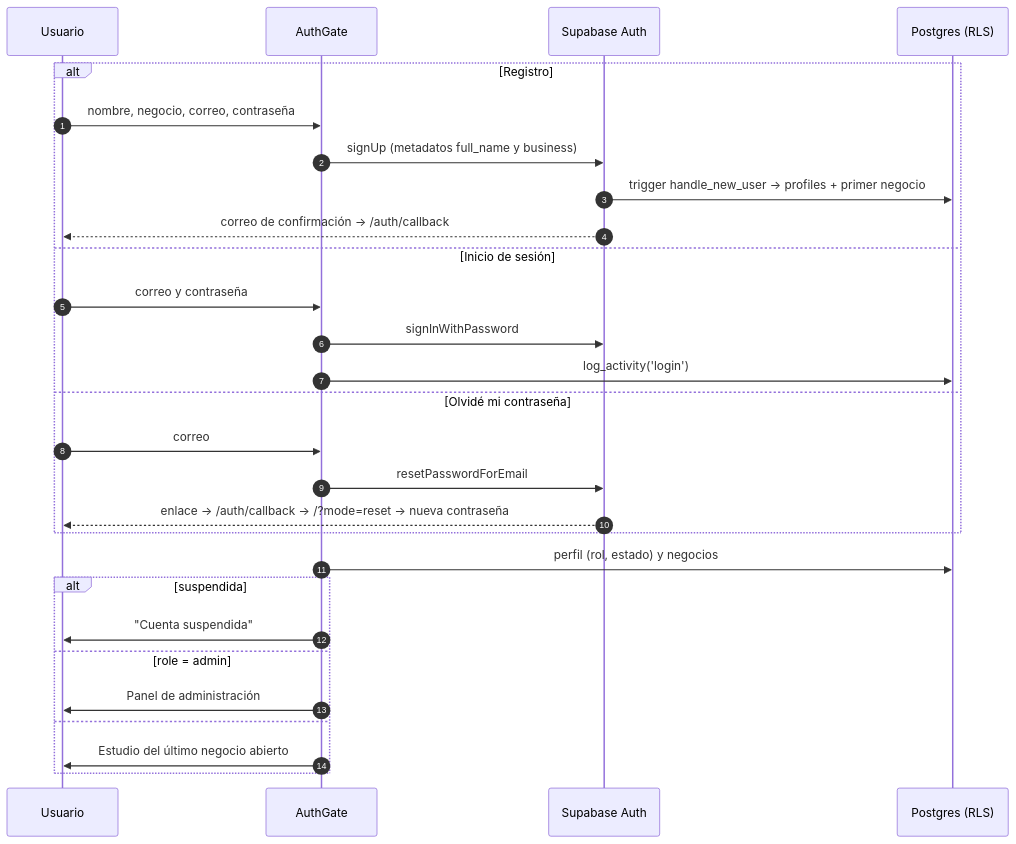
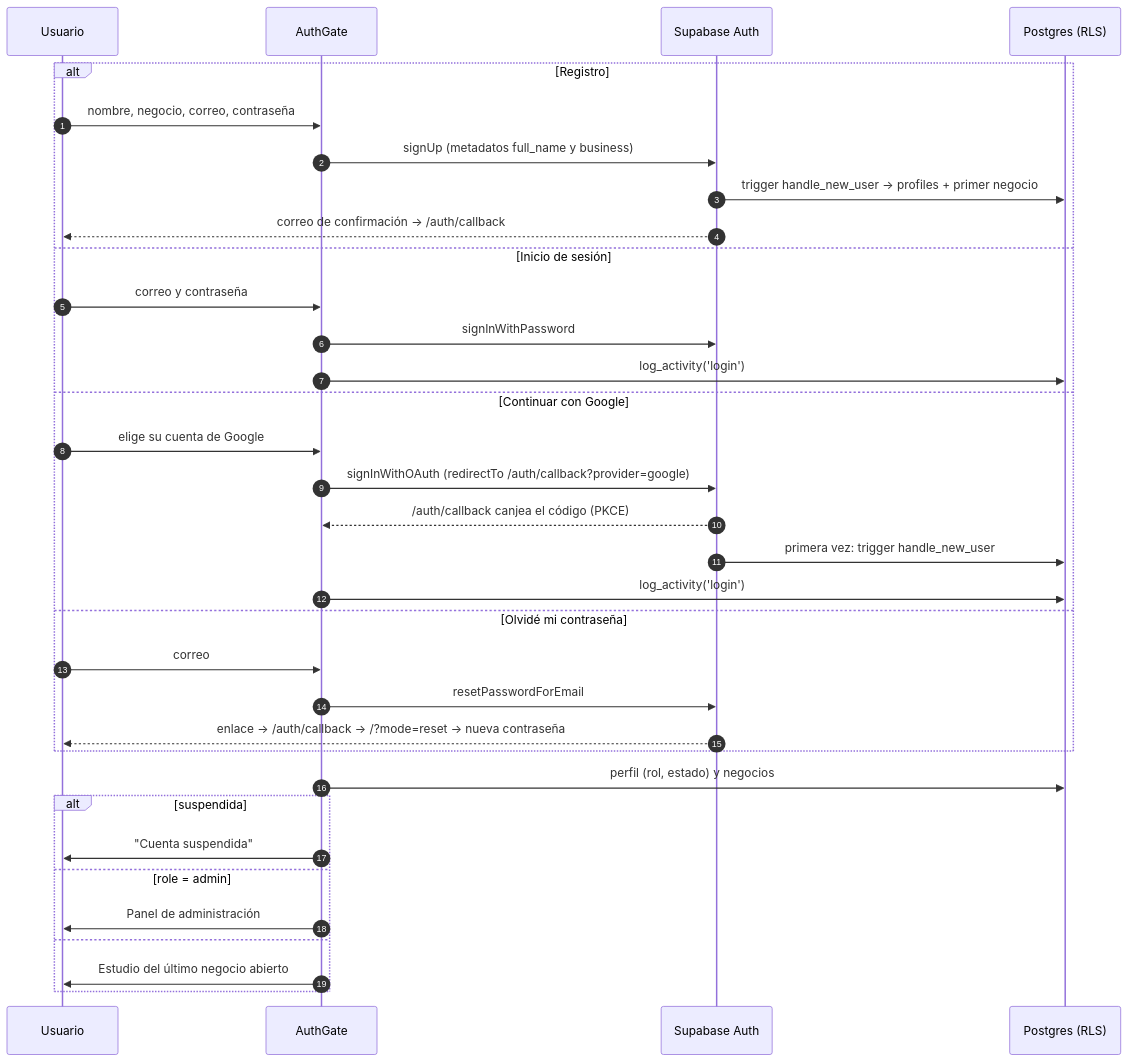
Before and after one commit to JeffersonVargasH/proj-automatizacion: the fifth of 14 diagrams in README.md, drawn with Mermaid. The commit also changed other lines of this file and 20 other files, not shown here.

````diff
--- a/README.md
+++ b/README.md
@@ -363,31 +384,37 @@
 ```mermaid
 sequenceDiagram
   autonumber
   participant U as Usuario
   participant AG as AuthGate
   participant SA as Supabase Auth
   participant DB as Postgres (RLS)
 
   alt Registro
     U->>AG: nombre, negocio, correo, contraseña
     AG->>SA: signUp (metadatos full_name y business)
     SA->>DB: trigger handle_new_user → profiles + primer negocio
     SA-->>U: correo de confirmación → /auth/callback
   else Inicio de sesión
     U->>AG: correo y contraseña
     AG->>SA: signInWithPassword
     AG->>DB: log_activity('login')
+  else Continuar con Google
+    U->>AG: elige su cuenta de Google
+    AG->>SA: signInWithOAuth (redirectTo /auth/callback?provider=google)
+    SA-->>AG: /auth/callback canjea el código (PKCE)
+    SA->>DB: primera vez: trigger handle_new_user
+    AG->>DB: log_activity('login')
   else Olvidé mi contraseña
     U->>AG: correo
     AG->>SA: resetPasswordForEmail
     SA-->>U: enlace → /auth/callback → /?mode=reset → nueva contraseña
   end
   AG->>DB: perfil (rol, estado) y negocios
   alt suspendida
     AG->>U: "Cuenta suspendida"
   else role = admin
     AG->>U: Panel de administración
   else
     AG->>U: Estudio del último negocio abierto
   end
 ```
````
